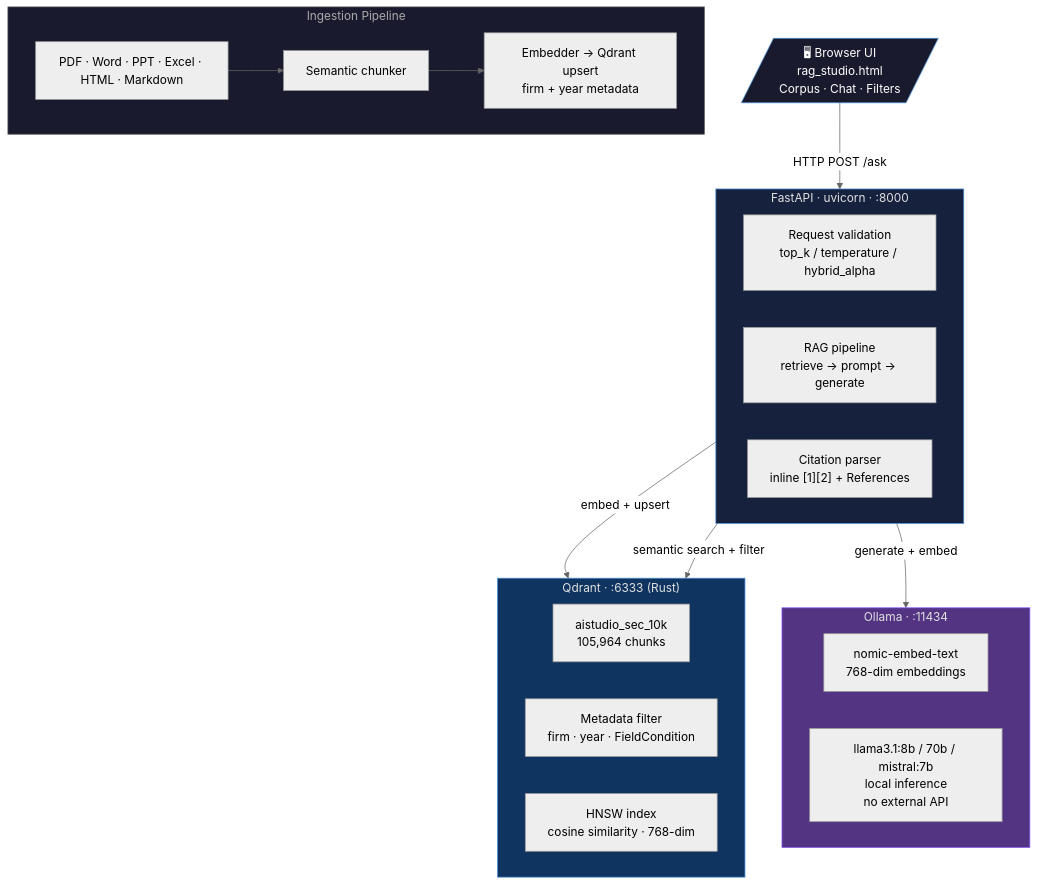
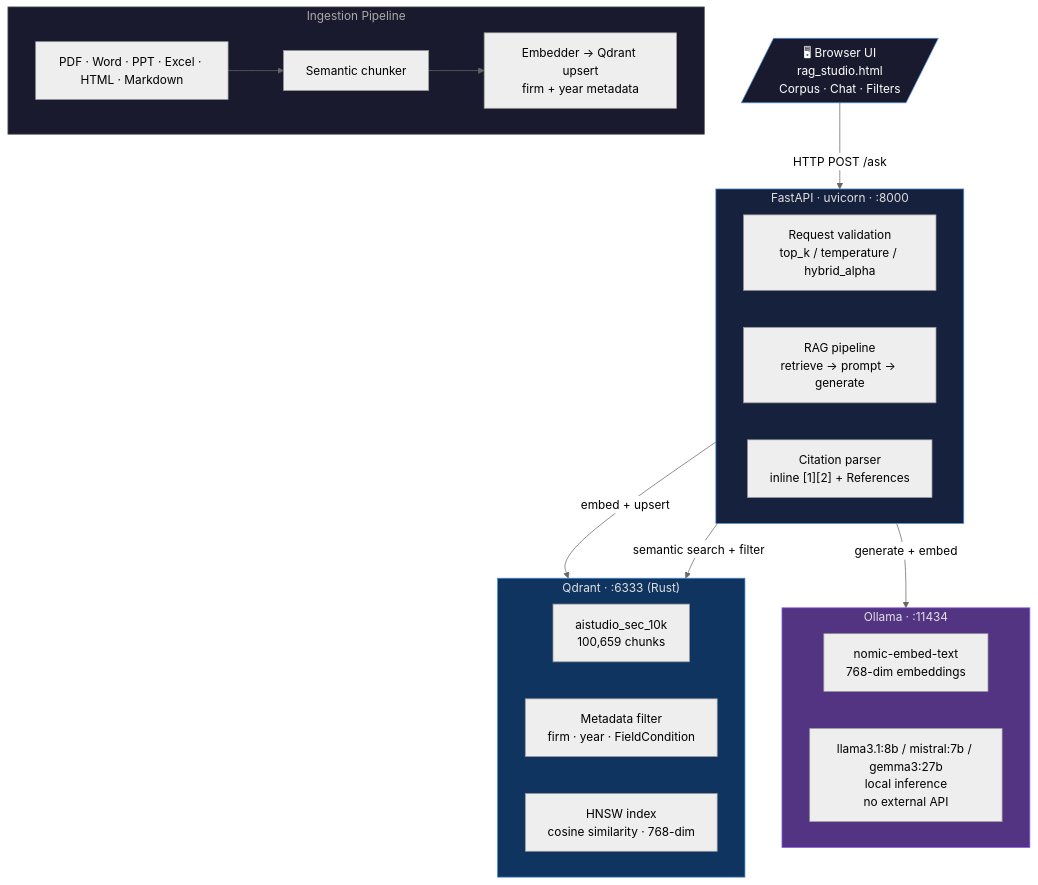
The first of 2 diagrams in README.md (mbarberony/AIStudio), drawn with Mermaid (neutral theme) before and after one commit. The commit also changed other lines of this file and 59 other files, not shown here.

Commit message:
help corpus: add about, api_introduction, architecture_elements (12→15); regen all PDFs + metadata

````diff
--- a/README.md
+++ b/README.md
@@ -139,40 +143,40 @@
 ```mermaid
 flowchart TD
     UI[/"🖥 Browser UI\nrag_studio.html\nCorpus · Chat · Filters"/]
 
     UI -->|HTTP POST /ask| API
 
     subgraph API["FastAPI · uvicorn · :8000"]
         AV["Request validation\ntop_k / temperature / hybrid_alpha"]
         AR["RAG pipeline\nretrieve → prompt → generate"]
         AC["Citation parser\ninline [1][2] + References"]
     end
 
     API -->|embed + upsert| QD
     API -->|semantic search + filter| QD
     API -->|generate + embed| OL
 
     subgraph QD["Qdrant · :6333 (Rust)"]
-        QC["aistudio_sec_10k\n105,964 chunks"]
+        QC["aistudio_sec_10k\n100,659 chunks"]
         QF["Metadata filter\nfirm · year · FieldCondition"]
         QH["HNSW index\ncosine similarity · 768-dim"]
     end
 
     subgraph OL["Ollama · :11434"]
         OE["nomic-embed-text\n768-dim embeddings"]
-        OM["llama3.1:8b / 70b / mistral:7b\nlocal inference\nno external API"]
+        OM["llama3.1:8b / mistral:7b / gemma3:27b\nlocal inference\nno external API"]
     end
 
     subgraph ING["Ingestion Pipeline"]
         IN["PDF · Word · PPT · Excel · HTML · Markdown"]
         CH["Semantic chunker"]
         EM["Embedder → Qdrant upsert\nfirm + year metadata"]
         IN --> CH --> EM
     end
 
     style UI fill:#1a1a2e,stroke:#4a90d9,color:#ffffff
     style API fill:#16213e,stroke:#4a90d9,color:#e0e0e0
     style QD fill:#0f3460,stroke:#4a90d9,color:#e0e0e0
     style OL fill:#533483,stroke:#8b5cf6,color:#e0e0e0
     style ING fill:#1a1a2e,stroke:#555,color:#aaaaaa
 ```
````
